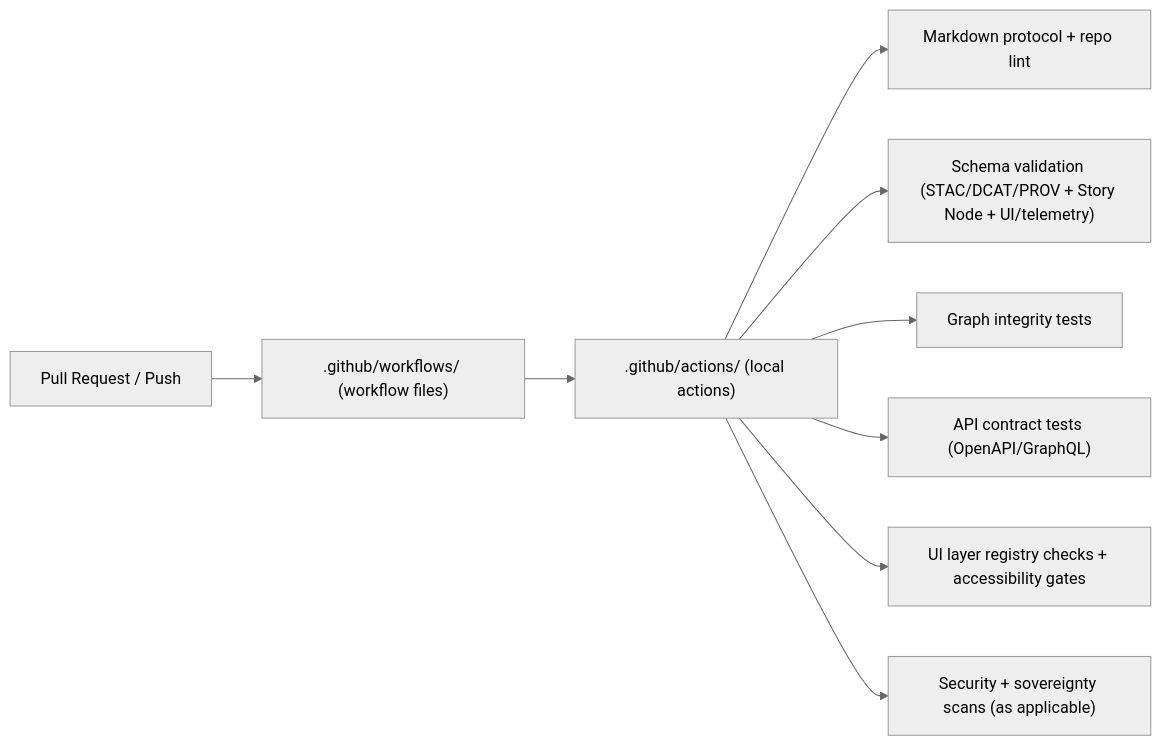
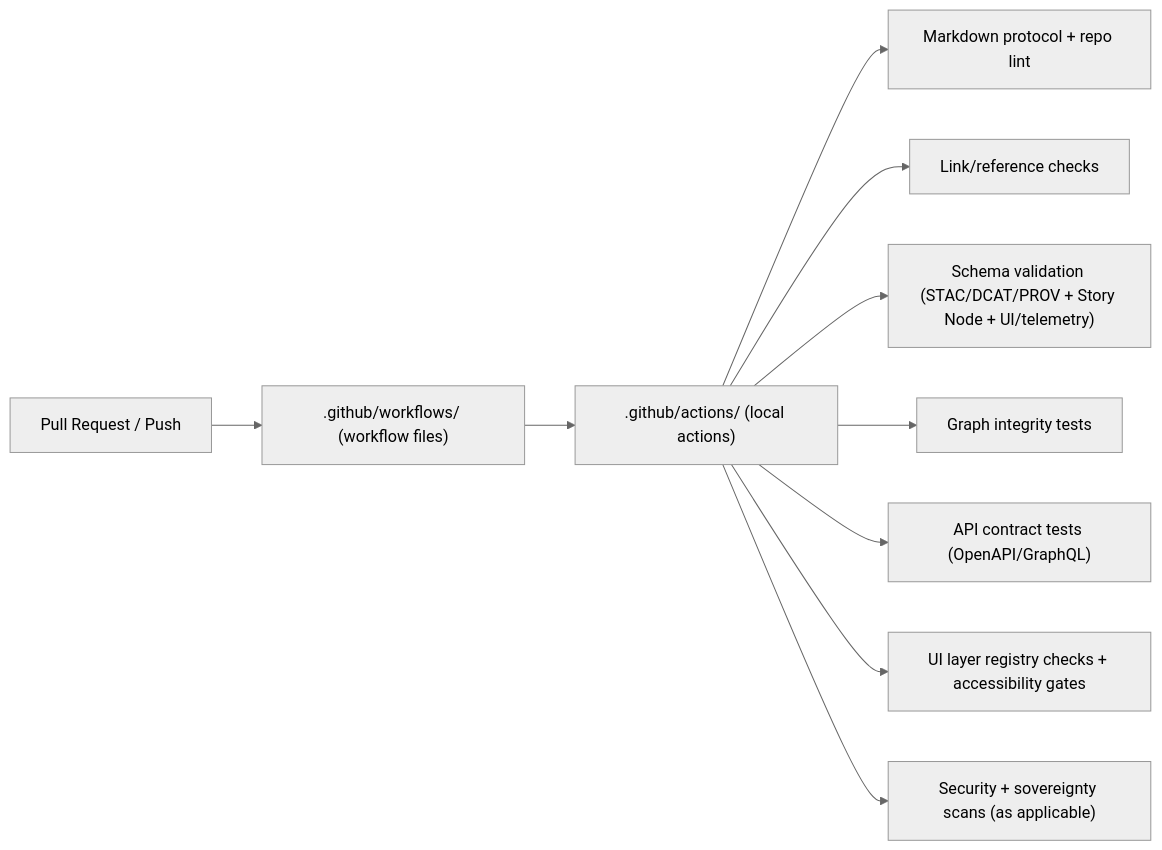
Before and after one commit to bartytime4life/Kansas-Frontier-Matrix: the second of 2 diagrams in .github/actions/README.md, drawn with Mermaid (neutral theme). The commit also changed other lines of this file, not shown here.

```diff
--- a/.github/actions/README.md
+++ b/.github/actions/README.md
@@ -251,12 +332,13 @@
 ~~~mermaid
 flowchart LR
   PR["Pull Request / Push"] --> WF[".github/workflows/ (workflow files)"]
   WF --> ACT[".github/actions/ (local actions)"]
 
   ACT --> G1["Markdown protocol + repo lint"]
-  ACT --> G2["Schema validation (STAC/DCAT/PROV + Story Node + UI/telemetry)"]
-  ACT --> G3["Graph integrity tests"]
-  ACT --> G4["API contract tests (OpenAPI/GraphQL)"]
-  ACT --> G5["UI layer registry checks + accessibility gates"]
-  ACT --> G6["Security + sovereignty scans (as applicable)"]
+  ACT --> G2["Link/reference checks"]
+  ACT --> G3["Schema validation (STAC/DCAT/PROV + Story Node + UI/telemetry)"]
+  ACT --> G4["Graph integrity tests"]
+  ACT --> G5["API contract tests (OpenAPI/GraphQL)"]
+  ACT --> G6["UI layer registry checks + accessibility gates"]
+  ACT --> G7["Security + sovereignty scans (as applicable)"]
 ~~~
```
